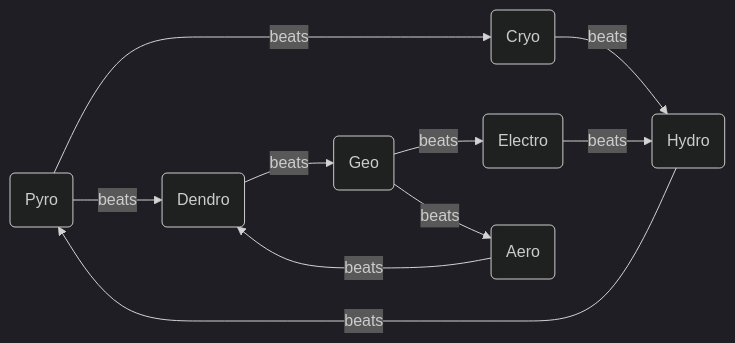
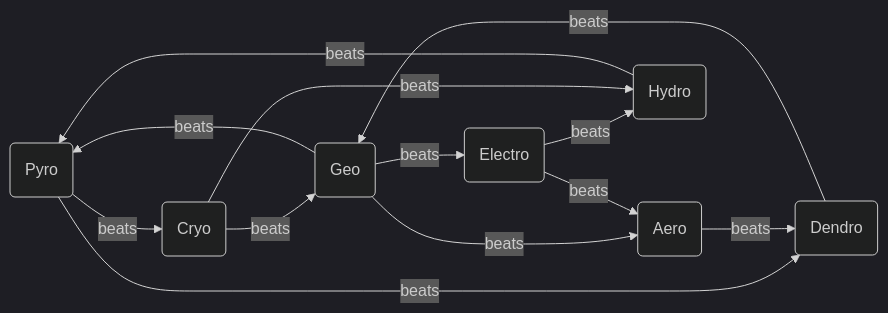
One commit to DonColon/vigilans-nexum-wiki changed the first of 2 diagrams in design/mechanics/Magic-System.md. Above: the diagram before and after it, drawn with Mermaid (dark theme). The commit also changed other lines of this file and 13 other files, not shown here.

````diff
--- a/design/mechanics/Magic-System.md
+++ b/design/mechanics/Magic-System.md
@@ -126,20 +126,23 @@
 ```mermaid
 flowchart LR
     pyro(Pyro)
     aero(Aero)
     electro(Electro)
     hydro(Hydro)
     cryo(Cryo)
     geo(Geo)
     dendro(Dendro)
 
     pyro--beats-->cryo
     pyro--beats-->dendro
     electro--beats-->hydro
     hydro--beats-->pyro
     cryo--beats-->hydro
     geo--beats-->electro
     geo--beats-->aero
     dendro--beats-->geo
     aero--beats-->dendro
+    geo--beats-->pyro
+    cryo--beats-->geo
+    electro--beats-->aero
 ```
````
